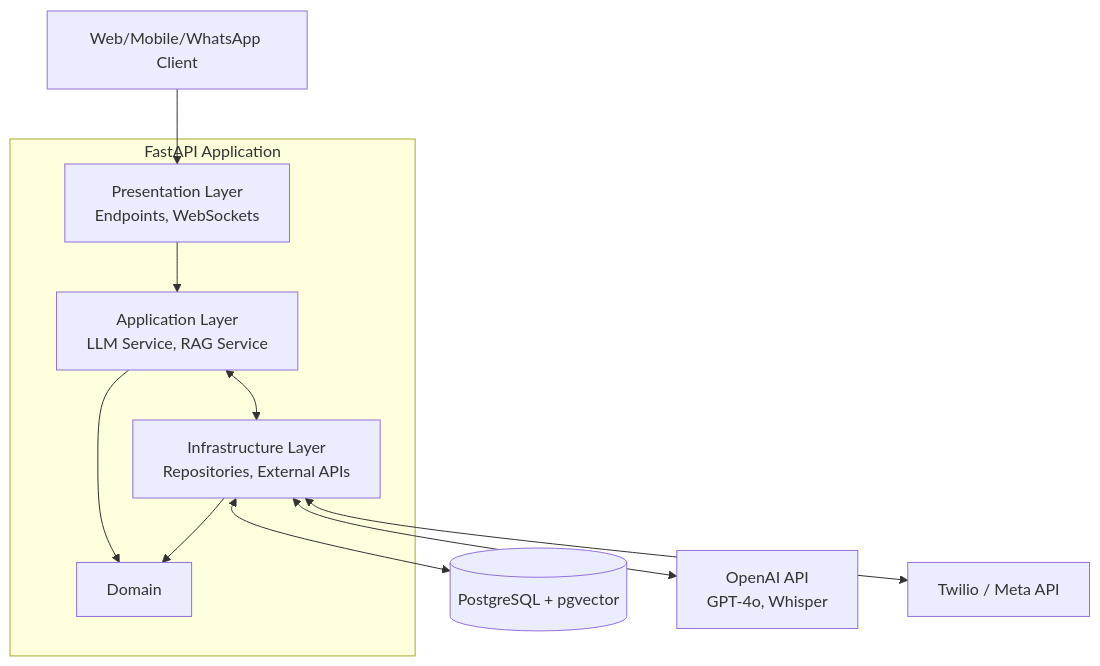
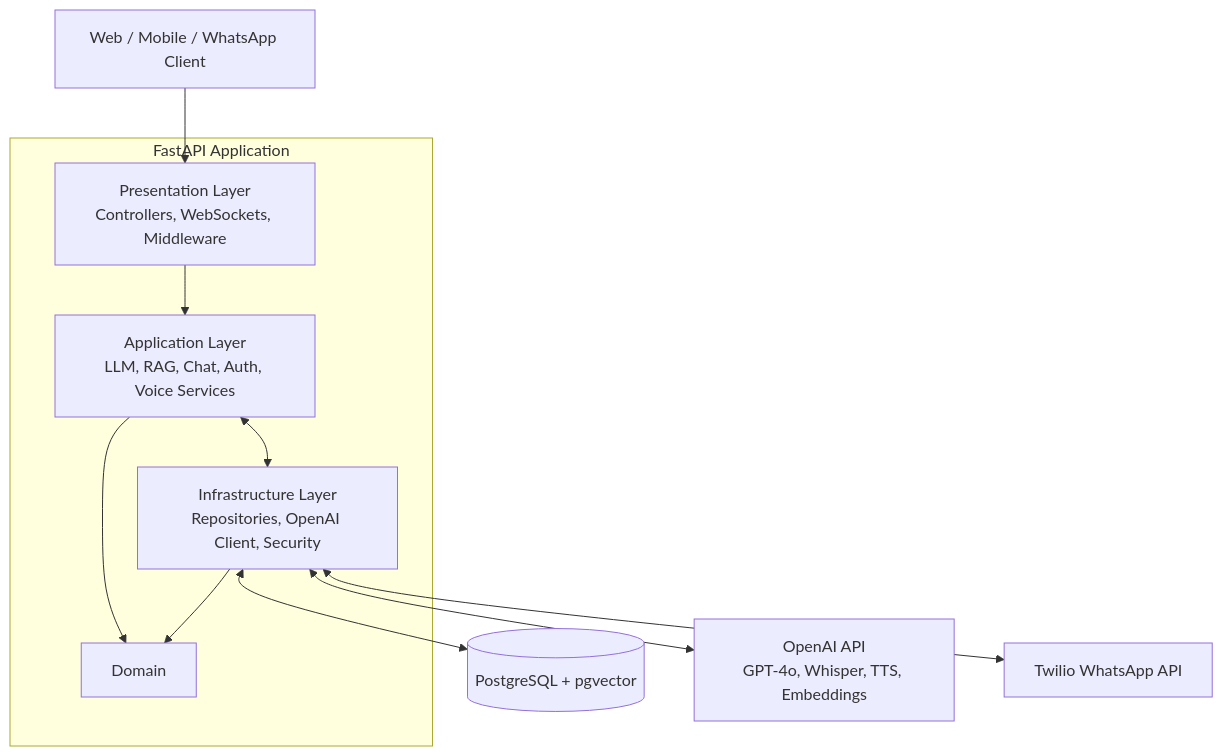
The first of 2 diagrams in README.md (shashinherath/OpenJustice-Backend-Repo), drawn with Mermaid before and after one commit. The commit also changed other lines of this file and 14 other files, not shown here.

````diff
--- a/README.md
+++ b/README.md
@@ -29,15 +51,15 @@
 ```mermaid
 graph TD
-    Client[Web/Mobile/WhatsApp Client] --> Presentation
-    
+    Client[Web / Mobile / WhatsApp Client] --> Presentation
+
     subgraph FastAPI Application
-        Presentation[Presentation Layer<br>Endpoints, WebSockets] --> Application
-        Application[Application Layer<br>LLM Service, RAG Service] --> Domain
-        Infrastructure[Infrastructure Layer<br>Repositories, External APIs] --> Domain
+        Presentation[Presentation Layer<br>Controllers, WebSockets, Middleware] --> Application
+        Application[Application Layer<br>LLM, RAG, Chat, Auth, Voice Services] --> Domain
+        Infrastructure[Infrastructure Layer<br>Repositories, OpenAI Client, Security] --> Domain
         Application <--> Infrastructure
     end
-    
+
     Infrastructure <--> DB[(PostgreSQL + pgvector)]
-    Infrastructure <--> OpenAI[OpenAI API<br>GPT-4o, Whisper]
-    Infrastructure <--> WhatsApp[Twilio / Meta API]
+    Infrastructure <--> OpenAI[OpenAI API<br>GPT-4o, Whisper, TTS, Embeddings]
+    Infrastructure <--> Twilio[Twilio WhatsApp API]
 ```
````
